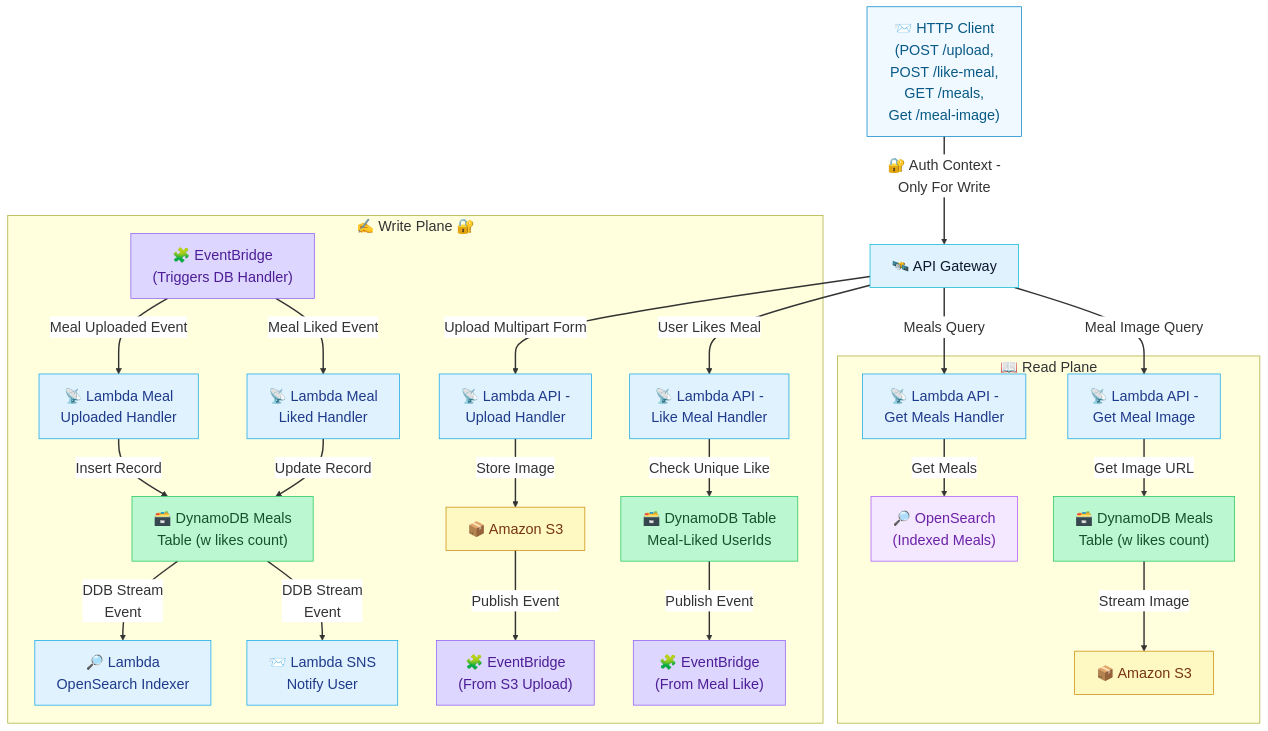
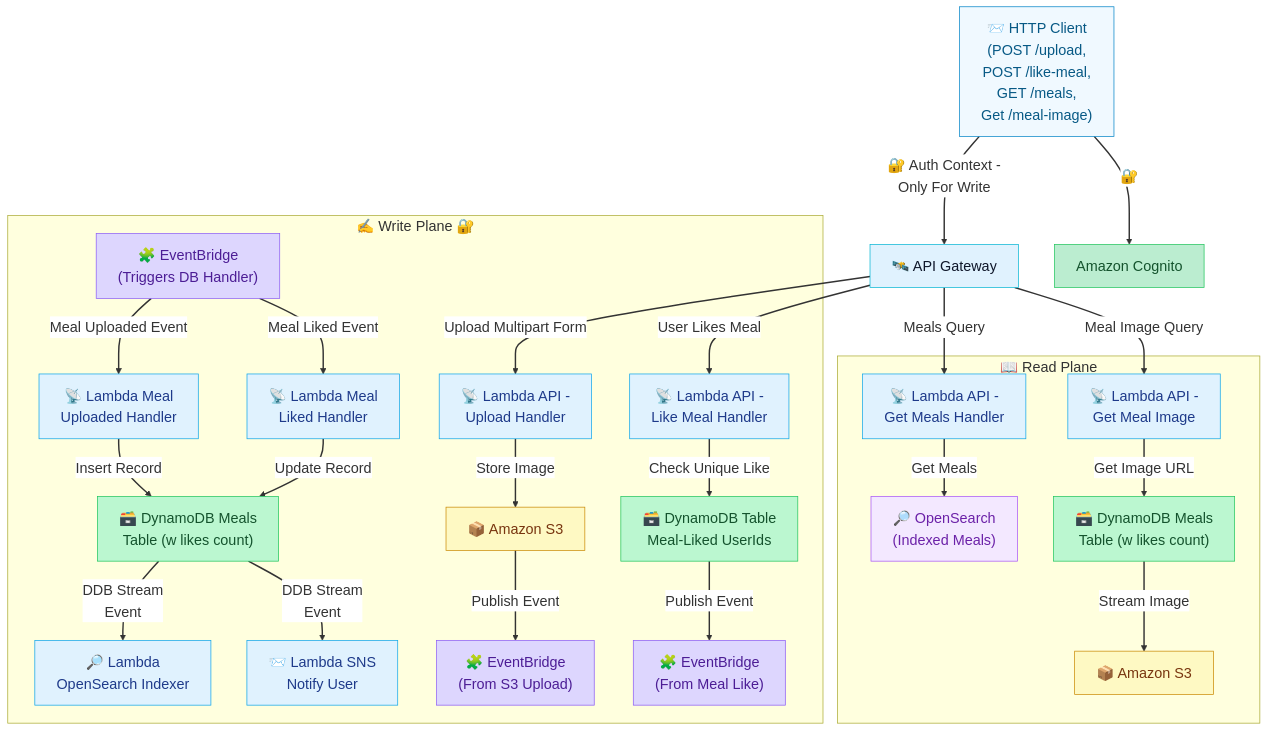
The diagram in services/docs/architecture.mmd (Venkat-Gorla/smartmeal-serverless), drawn with Mermaid before and after one commit.

Commit message:
[mermaid] add cognito to the diagram

```diff
--- a/services/docs/architecture.mmd
+++ b/services/docs/architecture.mmd
@@ -1,66 +1,69 @@
 %%{init: {"theme": "default", "themeVariables": { "fontSize": "20px", "primaryColor": "#E0F2FE", "edgeLabelBackground":"#ffffff"}}}%%
 flowchart TD
 
   A["📨 HTTP Client<br/>(POST /upload,<br/>POST /like-meal,<br/>GET /meals,<br/>Get /meal-image)"]:::client
+  X["Amazon Cognito"]:::cognito
   Y["🛰️ API Gateway"]:::apigw
 
   %% Write Plane
   subgraph WRITE["✍️ Write Plane 🔐"]
     B["📡 Lambda API -<br/>Upload Handler"]:::lambda
     C["📦 Amazon S3"]:::s3
     D["🧩 EventBridge<br/>(From S3 Upload)"]:::event
     E["🧩 EventBridge<br/>(Triggers DB Handler)"]:::event
     F["📡 Lambda Meal<br/>Uploaded Handler"]:::lambda
     G["🗃️ DynamoDB Meals<br/>Table (w likes count)"]:::ddb
     H["🔎 Lambda<br/>OpenSearch Indexer"]:::lambda
 
     I["📡 Lambda Meal<br/>Liked Handler"]:::lambda
     J["📨 Lambda SNS<br/>Notify User"]:::lambda
 
     K["📡 Lambda API -<br/>Like Meal Handler"]:::lambda
     L["🗃️ DynamoDB Table<br/>Meal-Liked UserIds"]:::ddb
     M["🧩 EventBridge<br/>(From Meal Like)"]:::event
   end
 
   %% Read Plane
   subgraph READ["📖 Read Plane"]
     R1["📡 Lambda API -<br/>Get Meals Handler"]:::lambda
     R2["🔎 OpenSearch<br/>(Indexed Meals)"]:::search
 
     R3["📡 Lambda API -<br/>Get Meal Image"]:::lambda
     R4["🗃️ DynamoDB Meals<br/>Table (w likes count)"]:::ddb
     R5["📦 Amazon S3"]:::s3
   end
 
   %% Client routes
   A -->|🔐 Auth Context -<br/>Only For Write| Y
+  A -->|🔐| X
   Y -->|Upload Multipart Form| B
   Y -->|User Likes Meal| K
   Y -->|Meals Query| R1
   Y -->|Meal Image Query| R3
   R1 -->|Get Meals| R2
   R3 -->|Get Image URL| R4
   R4 -->|Stream Image| R5
 
   %% Write flow
   B -->|Store Image| C
   C -->|Publish Event| D
   E -->|Meal Uploaded Event| F
   E -->|Meal Liked Event| I
   F -->|Insert Record| G
   G -->|DDB Stream<br/>Event| H
   G -->|DDB Stream<br/>Event| J
   I -->|Update Record| G
   K -->|Check Unique Like| L
   L -->|Publish Event| M
 
   %% Class styles
   classDef client fill:#F0F9FF,stroke:#0284C7,color:#075985;
   classDef apigw fill:#E0F2FE,stroke:#06B6D4,color:#0F172A;
+  classDef cognito fill:#BBEDD0,stroke:#22C55E,color:#14532D;
   classDef lambda fill:#E0F2FE,stroke:#0EA5E9,color:#1E3A8A;
   classDef s3 fill:#FEF9C3,stroke:#CA8A04,color:#78350F;
   classDef event fill:#DDD6FE,stroke:#8B5CF6,color:#4C1D95;
   classDef ddb fill:#BBF7D0,stroke:#22C55E,color:#14532D;
   classDef search fill:#F3E8FF,stroke:#A855F7,color:#6B21A8;
 
   linkStyle default stroke-width:2px,fill:none;
```
